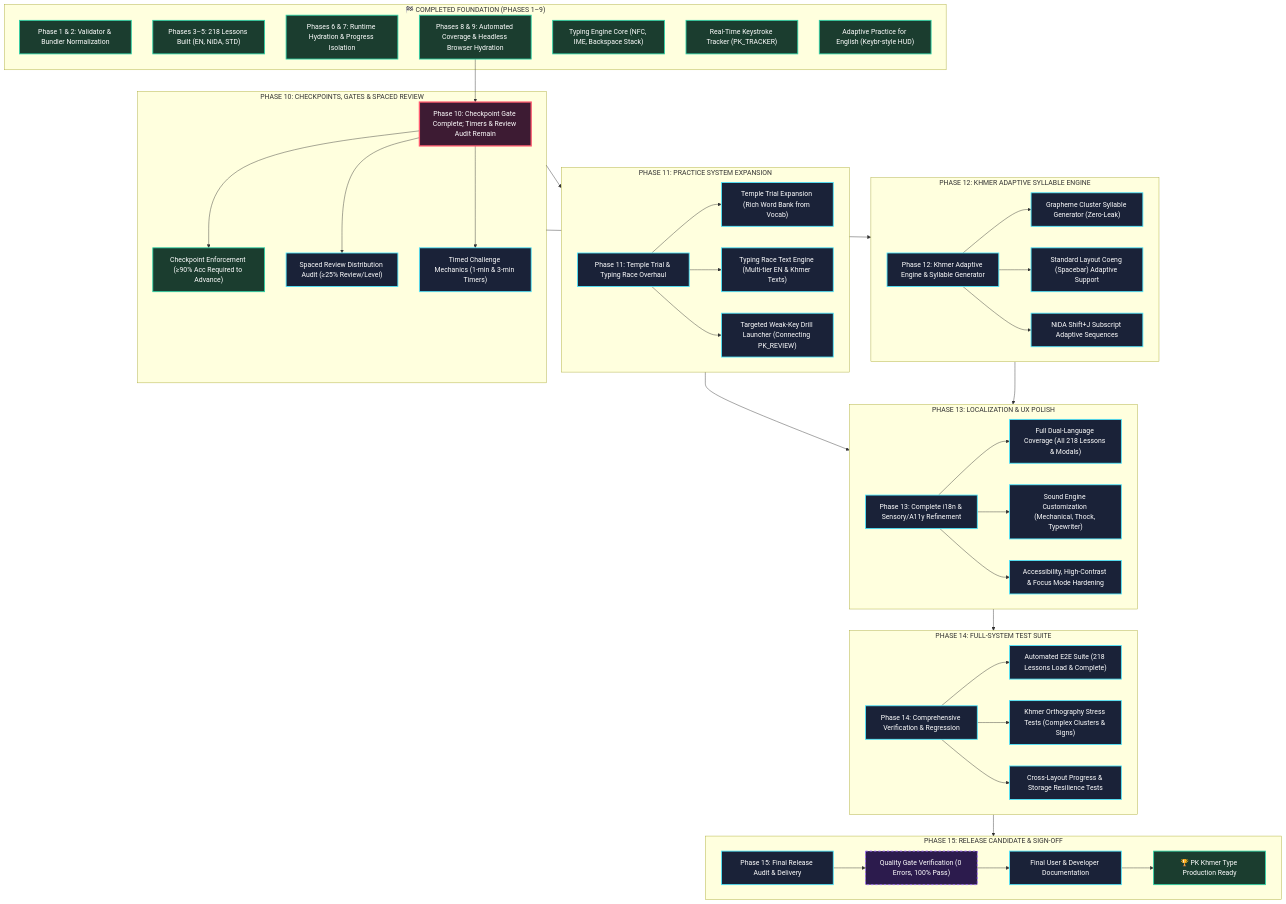
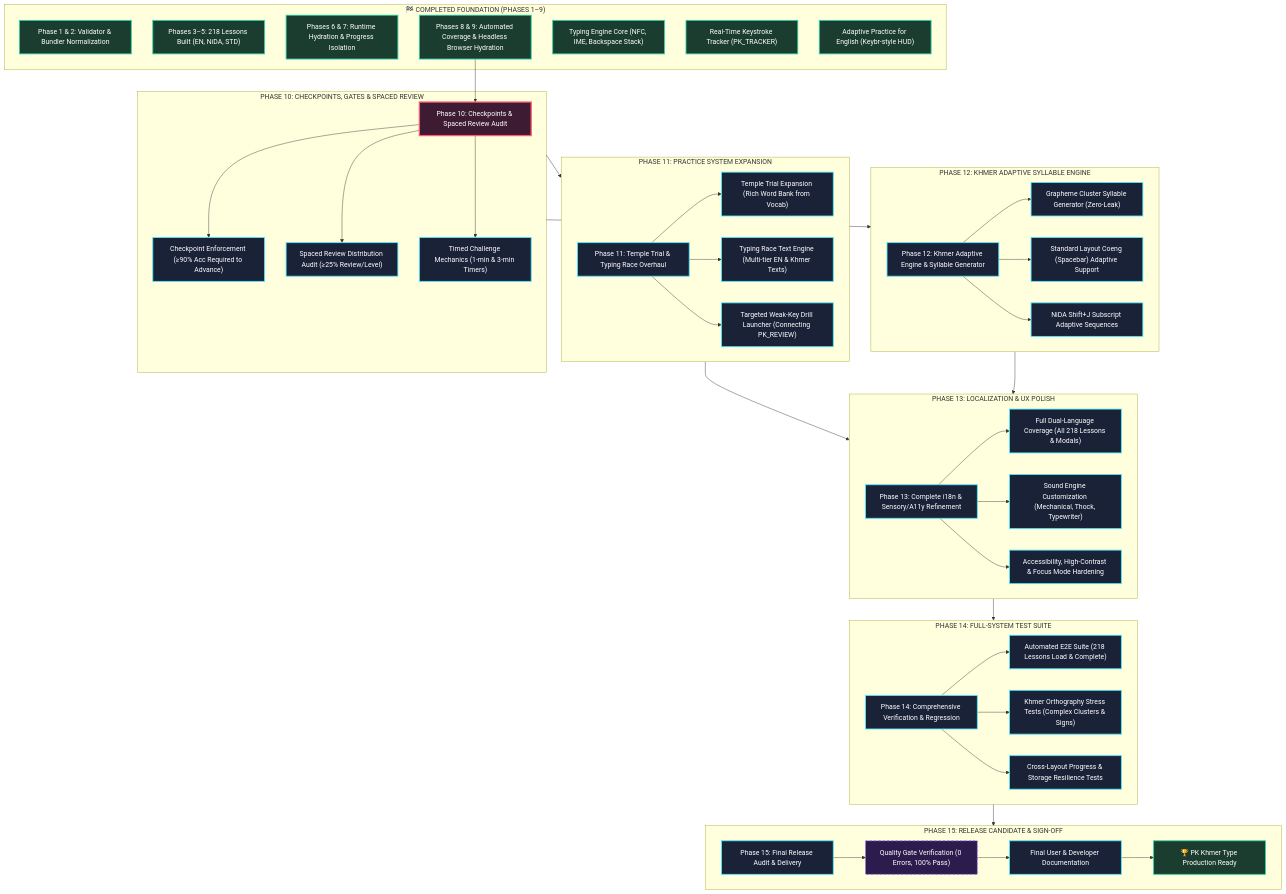
One commit to phanaach4889/PK-Khmer-Type changed diagram 19 of 20 in lesson_overhaul_plan.md. Above: the diagram before and after it, drawn with Mermaid. The commit also changed other lines of this file and 1 other file, not shown here.

```diff
--- a/lesson_overhaul_plan.md
+++ b/lesson_overhaul_plan.md
@@ -1427,8 +1664,8 @@
     P8_P9 --> PHASE10
     
     subgraph PHASE10_SUB ["PHASE 10: CHECKPOINTS, GATES & SPACED REVIEW"]
-        PHASE10["Phase 10: Checkpoint Gate Complete; Timers & Review Audit Remain"]:::next
-        CP_GATE["Checkpoint Enforcement (≥90% Acc Required to Advance)"]:::done
+        PHASE10["Phase 10: Checkpoints & Spaced Review Audit"]:::next
+        CP_GATE["Checkpoint Enforcement (≥90% Acc Required to Advance)"]:::planned
         SPACED_REV["Spaced Review Distribution Audit (≥25% Review/Level)"]:::planned
         TIMED_CHALLENGE["Timed Challenge Mechanics (1-min & 3-min Timers)"]:::planned
         PHASE10 --> CP_GATE
```
